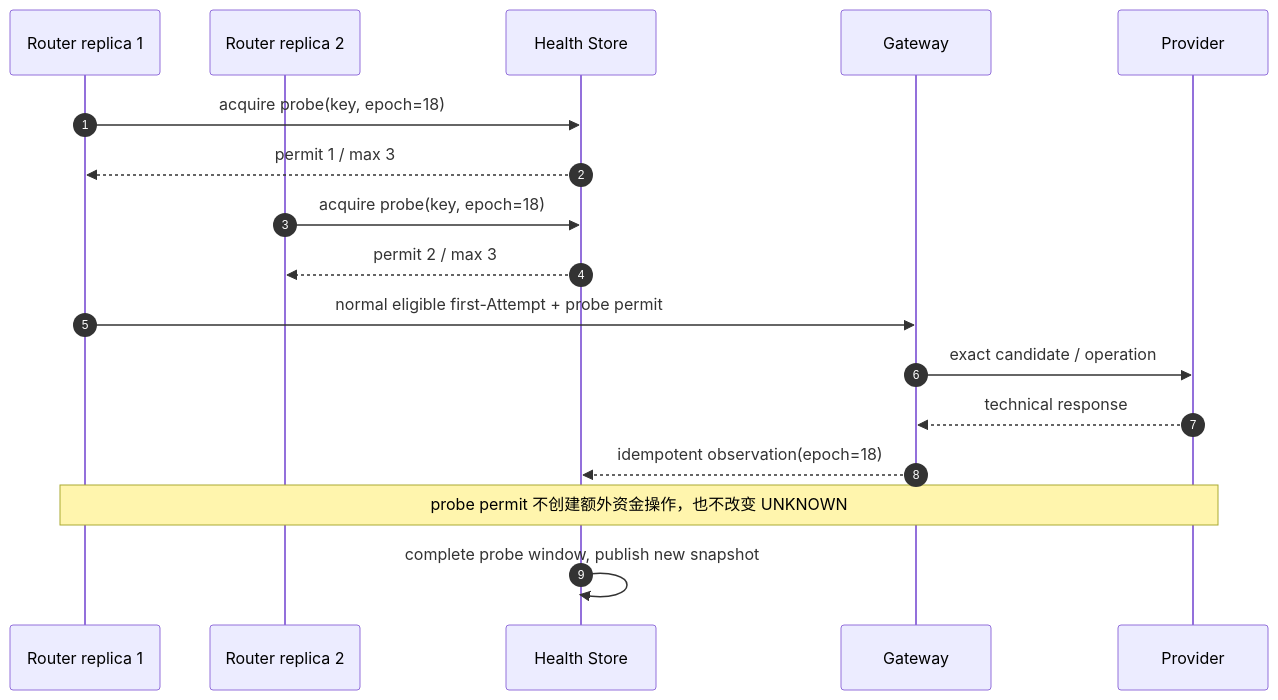
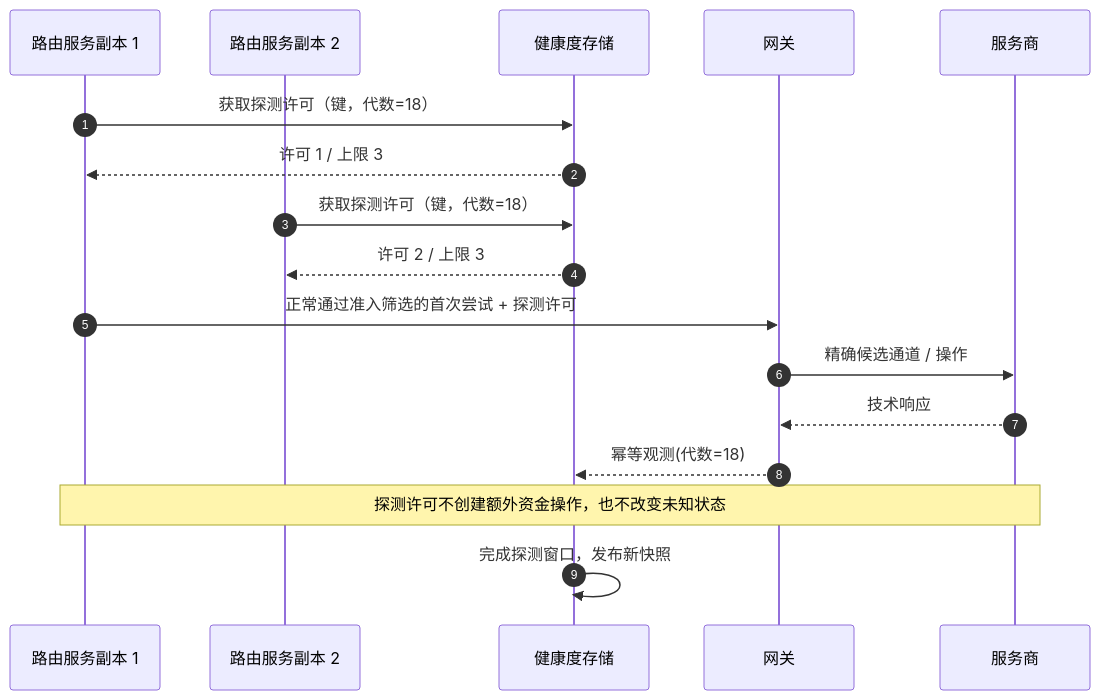
Before and after one commit to YouEclipse/Designing-Modern-Payment-Systems: the third of 4 diagrams in part-3-reliability/provider-health.md, drawn with Mermaid. The commit also changed other lines of this file and 59 other files, not shown here.

````diff
--- a/part-3-reliability/provider-health.md
+++ b/part-3-reliability/provider-health.md
@@ -347,20 +352,20 @@
 ```mermaid
 sequenceDiagram
     autonumber
-    participant R1 as Router replica 1
-    participant R2 as Router replica 2
-    participant S as Health Store
-    participant G as Gateway
-    participant P as Provider
+    participant R1 as 路由服务副本 1
+    participant R2 as 路由服务副本 2
+    participant S as 健康度存储
+    participant G as 网关
+    participant P as 服务商
 
-    R1->>S: acquire probe(key, epoch=18)
-    S-->>R1: permit 1 / max 3
-    R2->>S: acquire probe(key, epoch=18)
-    S-->>R2: permit 2 / max 3
-    R1->>G: normal eligible first-Attempt + probe permit
-    G->>P: exact candidate / operation
-    P-->>G: technical response
-    G-->>S: idempotent observation(epoch=18)
-    Note over R1,P: probe permit 不创建额外资金操作，也不改变 UNKNOWN
-    S->>S: complete probe window, publish new snapshot
+    R1->>S: 获取探测许可（键，代数=18）
+    S-->>R1: 许可 1 / 上限 3
+    R2->>S: 获取探测许可（键，代数=18）
+    S-->>R2: 许可 2 / 上限 3
+    R1->>G: 正常通过准入筛选的首次尝试 + 探测许可
+    G->>P: 精确候选通道 / 操作
+    P-->>G: 技术响应
+    G-->>S: 幂等观测(代数=18)
+    Note over R1,P: 探测许可不创建额外资金操作，也不改变未知状态
+    S->>S: 完成探测窗口，发布新快照
 ```
````
